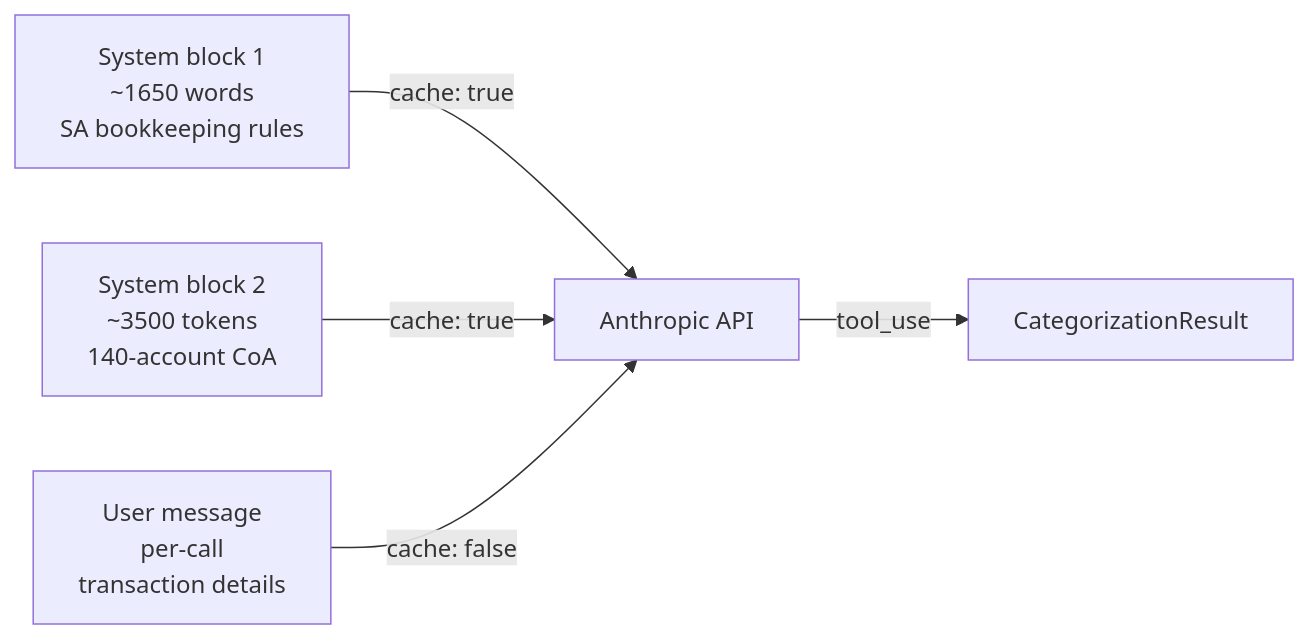
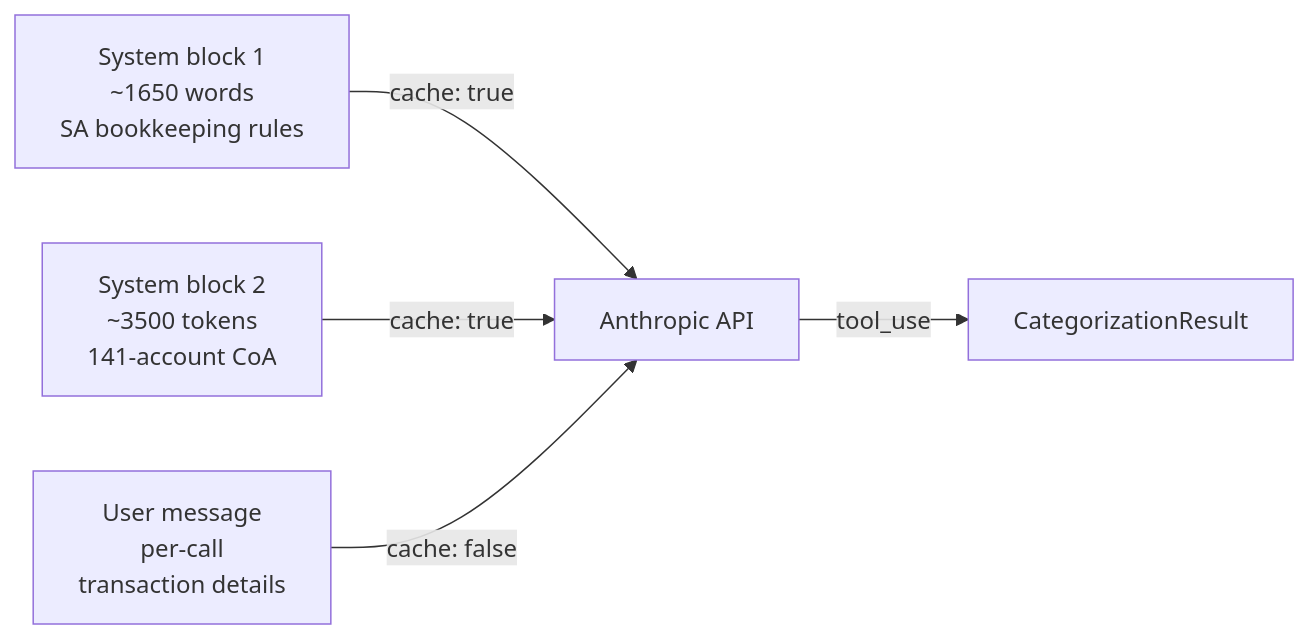
The second of 3 diagrams in docs/ARCHITECTURE.md (ArnovHeerden/agentic-bookkeeper), drawn with Mermaid before and after one commit. The commit also changed other lines of this file and 2 other files, not shown here.

Commit message:
docs: address pre-launch review feedback (count, bio, why-this-exists)
Three corrections + one addition surfaced by an external review of v0.1.0:

1. Account count discrepancy (140 vs 165) — the source has 141 entries
   (134 suggestable, 7 system-generated). Updated README, ARCHITECTURE.md,
   and CHANGELOG to the actual number.

2. Author bio overclaim — previous wording could read as "this library
   ships OpenAI and Gemini support". Tightened to: library ships the
   Anthropic provider with the abstraction in place; the broader
   Axiomatics platform routes through all three. Distinction made
   explicit so a reader doesn't conflate scope.

3. Added a "Why this exists" section after the opening to frame the
   problem domain. Most readers haven't thought about CoA categorisation
   as a hard reasoning problem; two sentences make the engineering
   relevance obvious before they reach the patterns section.

````diff
--- a/docs/ARCHITECTURE.md
+++ b/docs/ARCHITECTURE.md
@@ -94,7 +94,7 @@
 ```mermaid
 flowchart LR
     A[System block 1<br/>~1650 words<br/>SA bookkeeping rules] -->|cache: true| C[Anthropic API]
-    B[System block 2<br/>~3500 tokens<br/>140-account CoA] -->|cache: true| C
+    B[System block 2<br/>~3500 tokens<br/>141-account CoA] -->|cache: true| C
     D[User message<br/>per-call<br/>transaction details] -->|cache: false| C
     C -->|tool_use| E[CategorizationResult]
 ```
````
